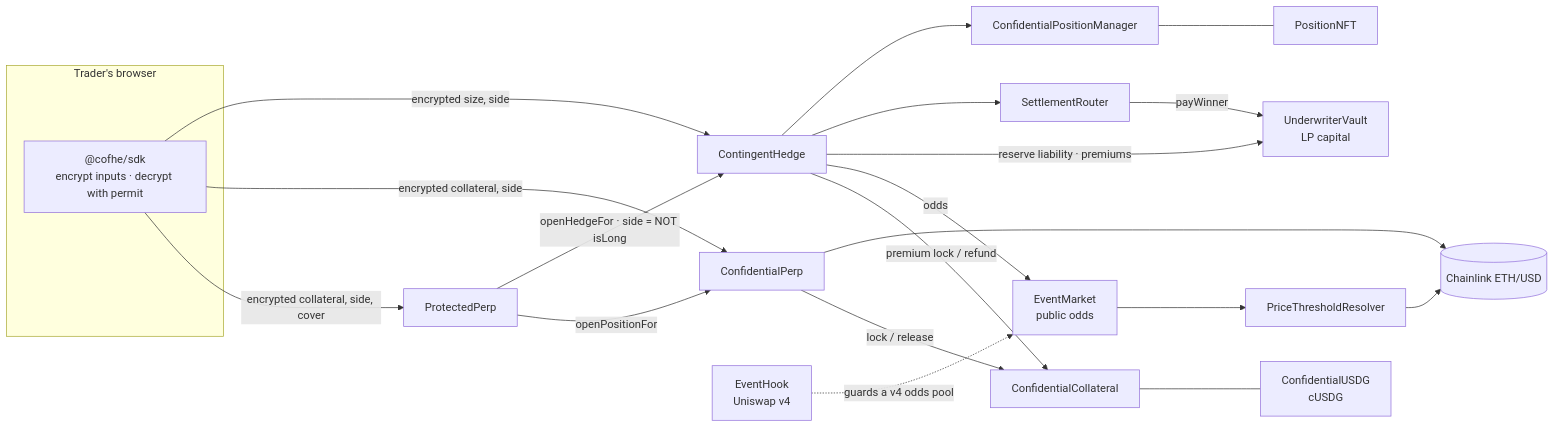
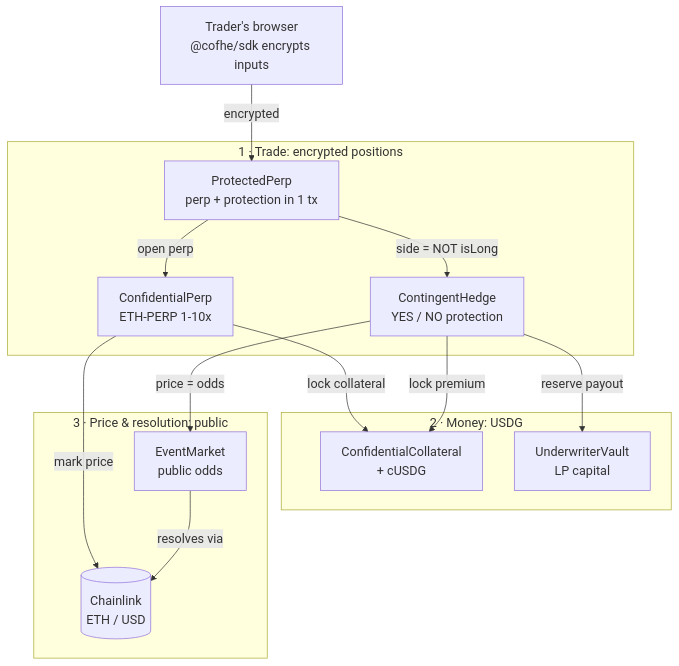
Before and after one commit to JFKongphop/contingent: the diagram in README.md, drawn with Mermaid. The commit also changed other lines of this file, not shown here.

Commit message:
add: readme

````diff
--- a/README.md
+++ b/README.md
@@ -127,21 +127,31 @@
 ```mermaid
-flowchart LR
-  subgraph Browser["Trader's browser"]
-    SDK["@cofhe/sdk<br/>encrypt inputs · decrypt with permit"]
+%%{init: {"flowchart": {"nodeSpacing": 40, "rankSpacing": 55}, "themeVariables": {"fontSize": "18px"}}}%%
+flowchart TB
+  U["Trader's browser<br/>@cofhe/sdk encrypts inputs"]
+
+  subgraph TRADE["1 · Trade: encrypted positions"]
+    PP["ProtectedPerp<br/>perp + protection in 1 tx"]
+    PERP["ConfidentialPerp<br/>ETH-PERP 1-10x"]
+    HEDGE["ContingentHedge<br/>YES / NO protection"]
   end
-  SDK -->|encrypted collateral, side, cover| PP[ProtectedPerp]
-  SDK -->|encrypted collateral, side| PERP[ConfidentialPerp]
-  SDK -->|encrypted size, side| HEDGE[ContingentHedge]
-  PP -->|openPositionFor| PERP
-  PP -->|openHedgeFor · side = NOT isLong| HEDGE
-  PERP -->|lock / release| COL[ConfidentialCollateral]
-  HEDGE -->|premium lock / refund| COL
-  COL --- CUSDG[ConfidentialUSDG<br/>cUSDG]
-  HEDGE -->|odds| MKT[EventMarket<br/>public odds]
-  HEDGE -->|reserve liability · premiums| VAULT[UnderwriterVault<br/>LP capital]
-  HEDGE --> SR[SettlementRouter] -->|payWinner| VAULT
-  HEDGE --> PM[ConfidentialPositionManager] --- NFT[PositionNFT]
-  MKT --> RES[PriceThresholdResolver] --> CL[(Chainlink ETH/USD)]
-  PERP --> CL
-  HOOK[EventHook<br/>Uniswap v4] -.guards a v4 odds pool.-> MKT
+
+  subgraph MONEY["2 · Money: USDG"]
+    COL["ConfidentialCollateral<br/>+ cUSDG"]
+    VAULT["UnderwriterVault<br/>LP capital"]
+  end
+
+  subgraph PRICE["3 · Price & resolution: public"]
+    MKT["EventMarket<br/>public odds"]
+    CL[("Chainlink<br/>ETH / USD")]
+  end
+
+  U -->|encrypted| PP
+  PP -->|open perp| PERP
+  PP -->|"side = NOT isLong"| HEDGE
+  PERP -->|lock collateral| COL
+  HEDGE -->|lock premium| COL
+  HEDGE -->|reserve payout| VAULT
+  HEDGE -->|price = odds| MKT
+  PERP -->|mark price| CL
+  MKT -->|resolves via| CL
 ```
````
